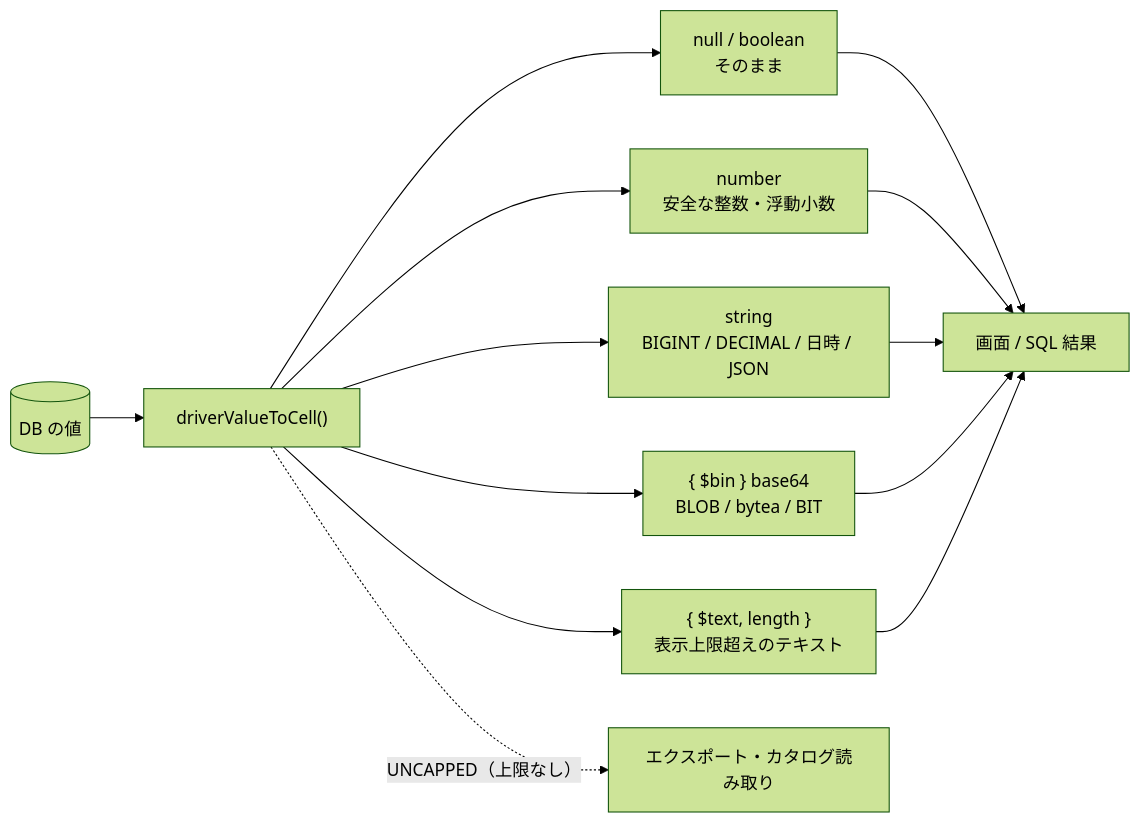
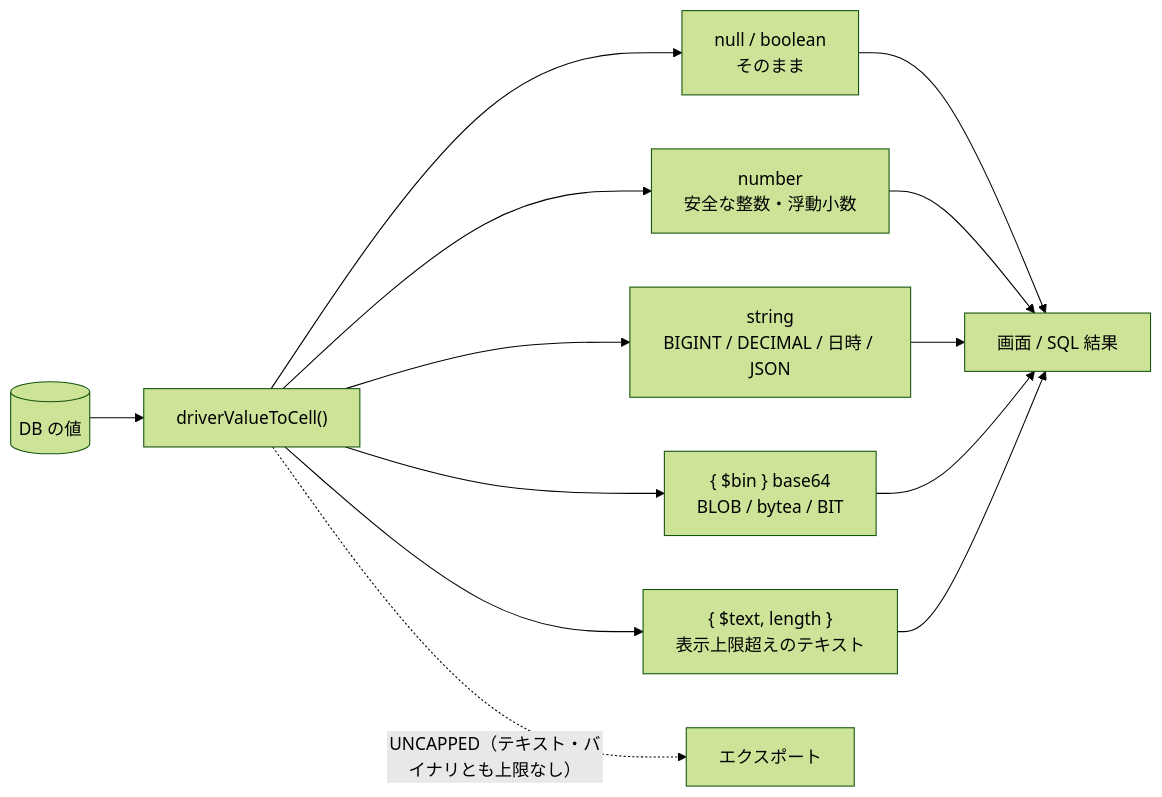
One commit to ip-san/tsmyadmin changed the fourth of 11 diagrams in docs/architecture.md. Above: the diagram before and after it, drawn with Mermaid (forest theme). The commit also changed 3 other files, not shown here.

````diff
--- a/docs/architecture.md
+++ b/docs/architecture.md
@@ -125,11 +125,11 @@
 ```mermaid
 flowchart LR
   db[("DB の値")] --> conv["driverValueToCell()"]
   conv --> nul["null / boolean<br/>そのまま"]
   conv --> num["number<br/>安全な整数・浮動小数"]
   conv --> str["string<br/>BIGINT / DECIMAL / 日時 / JSON"]
   conv --> bin["{ $bin } base64<br/>BLOB / bytea / BIT"]
   conv --> trunc["{ $text, length }<br/>表示上限超えのテキスト"]
   nul & num & str & bin & trunc --> ui["画面 / SQL 結果"]
-  conv -. "UNCAPPED（上限なし）" .-> dump["エクスポート・カタログ読み取り"]
+  conv -. "UNCAPPED（テキスト・バイナリとも上限なし）" .-> dump["エクスポート"]
 ```
````
